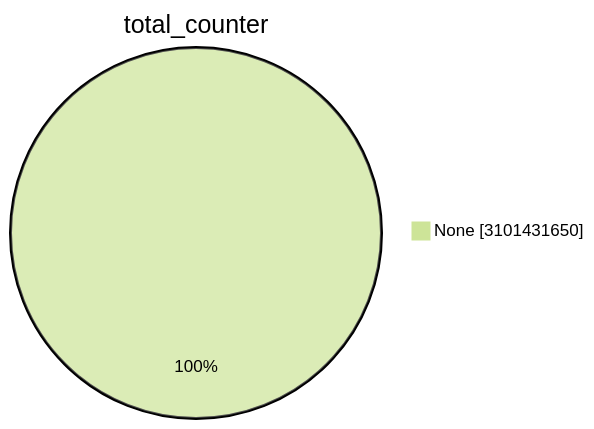
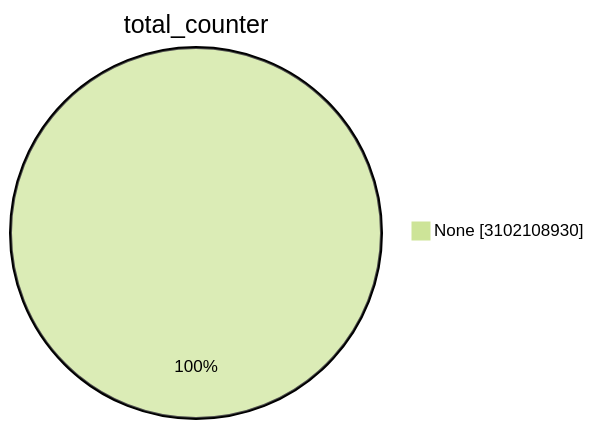
One commit to christiankrug/ctmonitor_visualization changed the first of 15 diagrams in TOTAL/README.md. Above: the diagram before and after it, drawn with Mermaid (forest theme). The commit also changed other lines of this file, not shown here.

````diff
--- a/TOTAL/README.md
+++ b/TOTAL/README.md
@@ -1,5 +1,5 @@
 ```mermaid
 pie showData
 title total_counter
-"None" :3101431650
+"None" :3102108930
 ```
````
